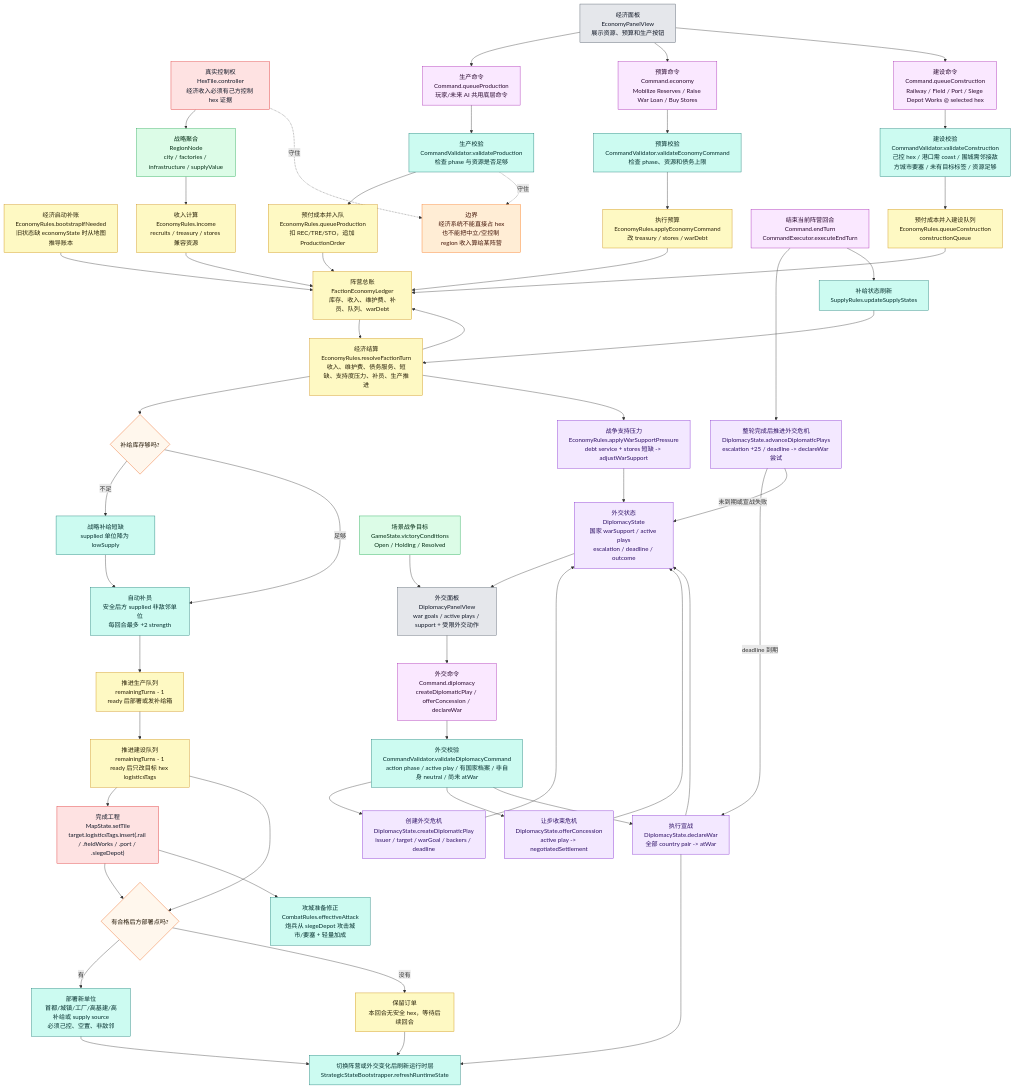
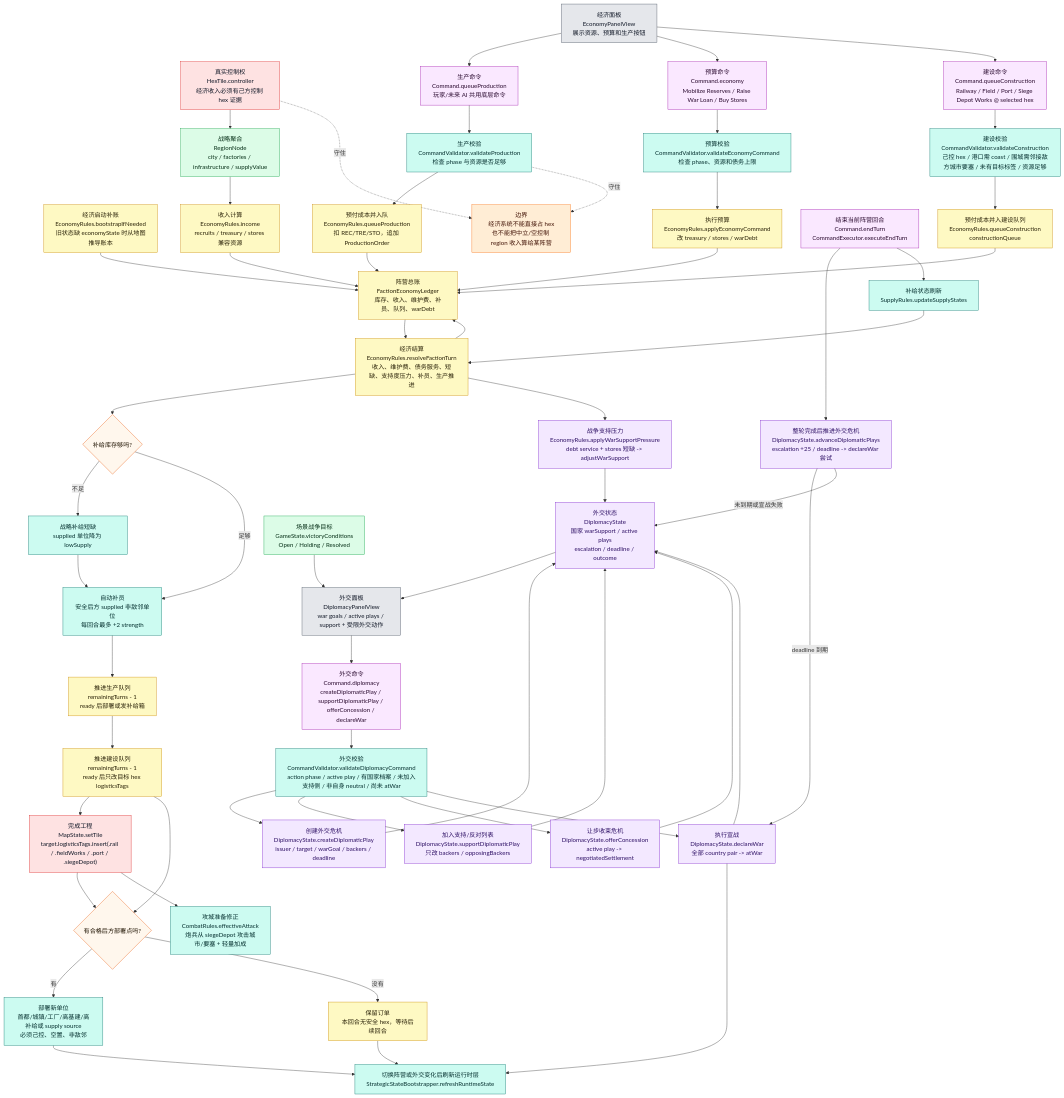
The fourth of 9 diagrams in md/flow/flowchart.md (Altman-sam114/126), drawn with Mermaid before and after one commit. The commit also changed other lines of this file and 13 other files, not shown here.

Commit message:
feat(diplomacy): add play supporters

```diff
--- a/md/flow/flowchart.md
+++ b/md/flow/flowchart.md
@@ -223,9 +223,10 @@
     BLDVALID["建设校验<br/>CommandValidator.validateConstruction<br/>己控 hex / 港口需 coast / 围城需邻接敌方城市要塞 / 未有目标标签 / 资源足够"]:::rules
     BLDQUEUE["预付成本并入建设队列<br/>EconomyRules.queueConstruction<br/>constructionQueue"]:::economy
     DIP["外交状态<br/>DiplomacyState<br/>国家 warSupport / active plays<br/>escalation / deadline / outcome"]:::diplomacy
-    DIPCMD["外交命令<br/>Command.diplomacy<br/>createDiplomaticPlay / offerConcession / declareWar"]:::command
-    DIPVALID["外交校验<br/>CommandValidator.validateDiplomacyCommand<br/>action phase / active play / 有国家档案 / 非自身 neutral / 尚未 atWar"]:::rules
+    DIPCMD["外交命令<br/>Command.diplomacy<br/>createDiplomaticPlay / supportDiplomaticPlay / offerConcession / declareWar"]:::command
+    DIPVALID["外交校验<br/>CommandValidator.validateDiplomacyCommand<br/>action phase / active play / 有国家档案 / 未加入支持侧 / 非自身 neutral / 尚未 atWar"]:::rules
     DIPPLAY["创建外交危机<br/>DiplomacyState.createDiplomaticPlay<br/>issuer / target / warGoal / backers / deadline"]:::diplomacy
+    DIPSUPPORT["加入支持/反对列表<br/>DiplomacyState.supportDiplomaticPlay<br/>只改 backers / opposingBackers"]:::diplomacy
     DIPSETTLE["让步收束危机<br/>DiplomacyState.offerConcession<br/>active play -> negotiatedSettlement"]:::diplomacy
     DIPADV["整轮完成后推进外交危机<br/>DiplomacyState.advanceDiplomaticPlays<br/>escalation +25 / deadline -> declareWar 尝试"]:::diplomacy
     DIPAPPLY["执行宣战<br/>DiplomacyState.declareWar<br/>全部 country pair -> atWar"]:::diplomacy
@@ -256,6 +257,7 @@
     DIPUI --> DIPCMD
     DIPCMD --> DIPVALID
     DIPVALID --> DIPPLAY --> DIP
+    DIPVALID --> DIPSUPPORT --> DIP
     DIPVALID --> DIPSETTLE --> DIP
     DIPVALID --> DIPAPPLY --> DIP
     DIPAPPLY --> NEXT
```
